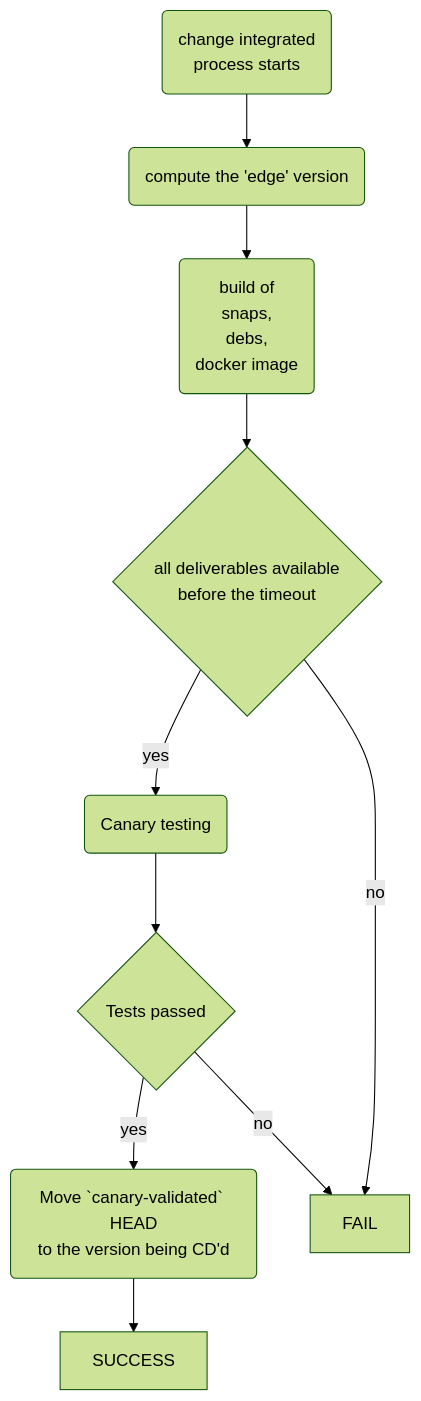
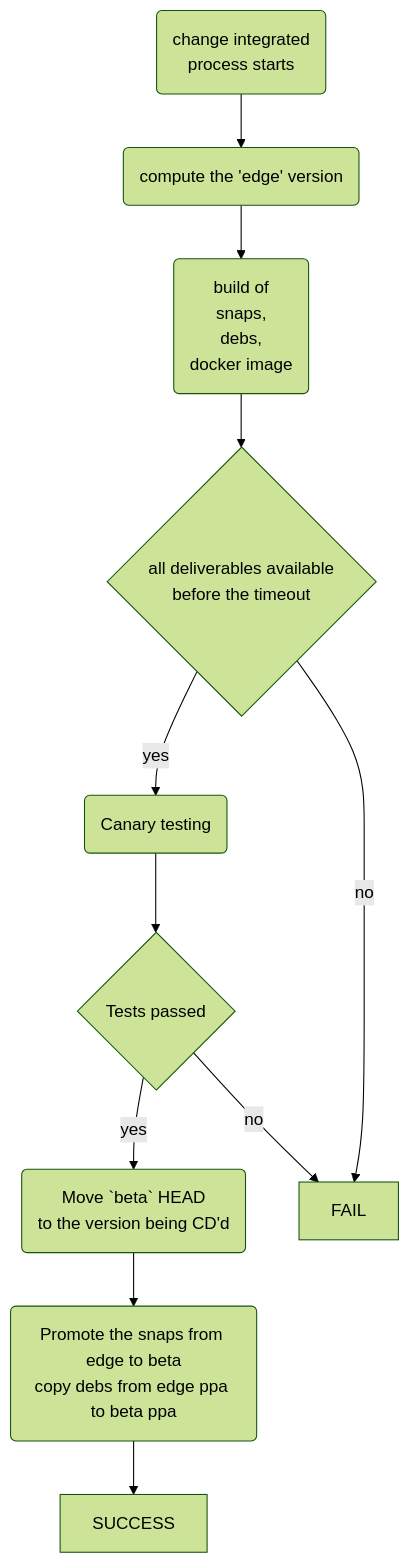
Before and after one commit to canonical/checkbox: the second of 3 diagrams in docs/explanation/continuous_delivery.md, drawn with Mermaid (forest theme). The commit also changed other lines of this file, not shown here.

````diff
--- a/docs/explanation/continuous_delivery.md
+++ b/docs/explanation/continuous_delivery.md
@@ -81,26 +53,29 @@
 ```mermaid
 
 graph TD;
 
 start("change integrated\nprocess starts")
 version("compute the 'edge' version")
 build("build of\nsnaps,\ndebs,\ndocker image")
 build_decision{"all deliverables available\nbefore the timeout"}
 
 canary("Canary testing")
 canary_decision{"Tests passed"}
-canary_validated("Move `canary-validated` HEAD\nto the version being CD'd")
+beta_git("Move `beta` HEAD\nto the version being CD'd")
+beta_promo("Promote the snaps from edge to beta\ncopy debs from edge ppa to beta ppa")
 
 
 start --> version
 version --> build
 build --> build_decision
 build_decision-->|yes| canary
 build_decision-->|no| FAIL
 
 canary --> canary_decision
-canary_decision-->|yes| canary_validated
+canary_decision-->|yes| beta_git
 canary_decision-->|no| FAIL
 
-canary_validated --> SUCCESS
+beta_git --> beta_promo
+
+beta_promo --> SUCCESS
 ```
````
